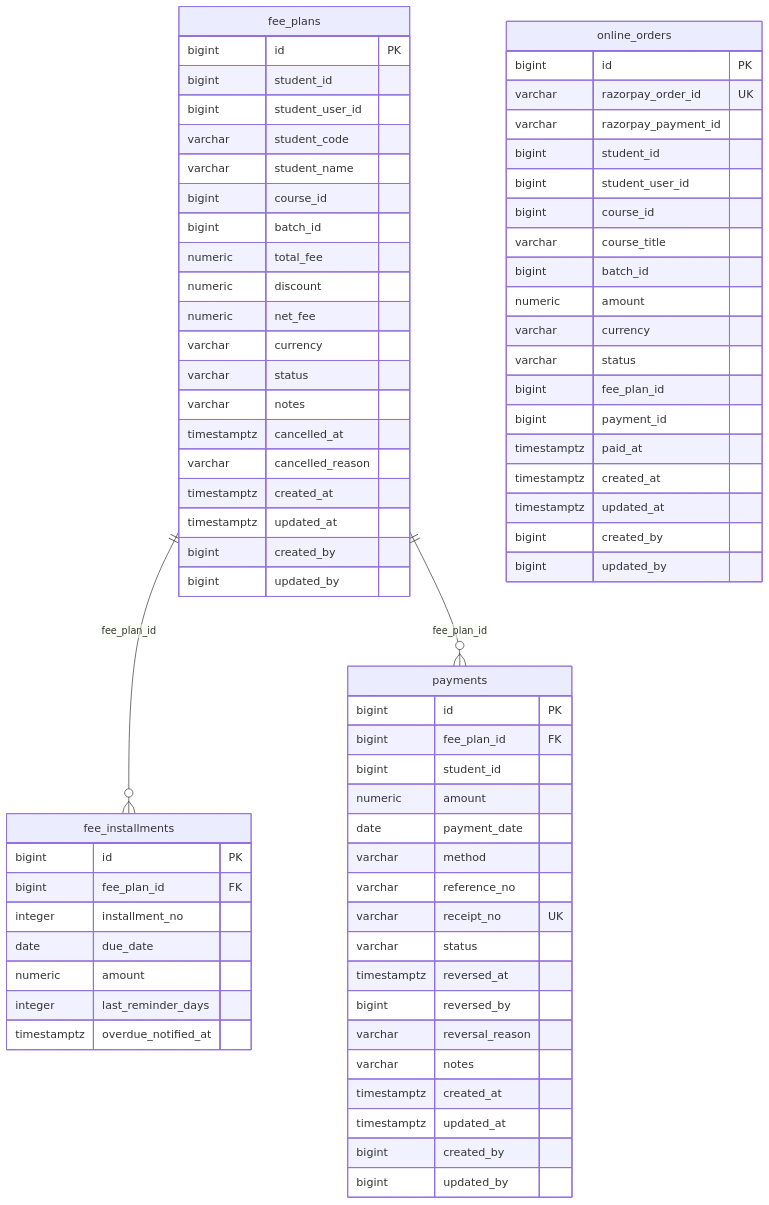
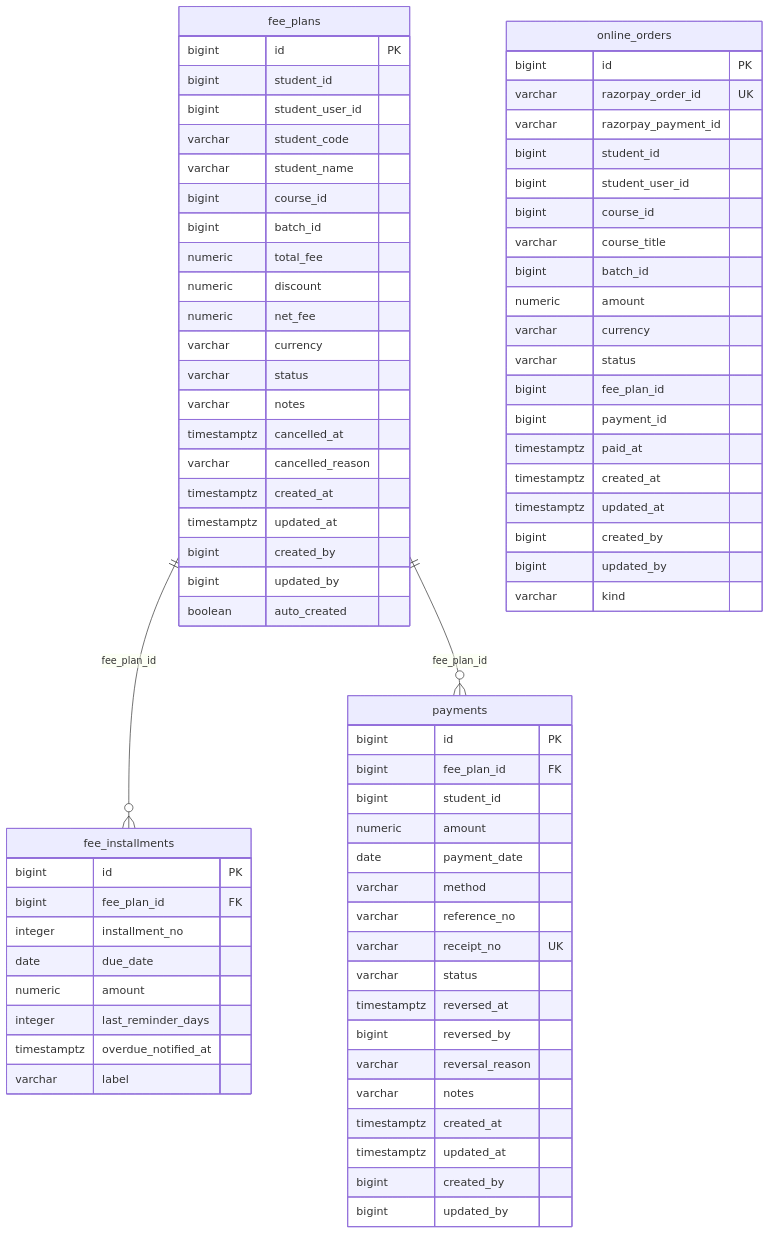
Before and after one commit to rohanrk2810/ITLMS: the diagram in docs/diagrams/db/finance.mmd, drawn with Mermaid. The commit also changed 28 other files, not shown here.

```diff
--- a/docs/diagrams/db/finance.mmd
+++ b/docs/diagrams/db/finance.mmd
@@ -1,72 +1,75 @@
 erDiagram
     fee_installments {
         bigint id PK
         bigint fee_plan_id FK
         integer installment_no
         date due_date
         numeric amount
         integer last_reminder_days
         timestamptz overdue_notified_at
+        varchar label
     }
     fee_plans {
         bigint id PK
         bigint student_id
         bigint student_user_id
         varchar student_code
         varchar student_name
         bigint course_id
         bigint batch_id
         numeric total_fee
         numeric discount
         numeric net_fee
         varchar currency
         varchar status
         varchar notes
         timestamptz cancelled_at
         varchar cancelled_reason
         timestamptz created_at
         timestamptz updated_at
         bigint created_by
         bigint updated_by
+        boolean auto_created
     }
     online_orders {
         bigint id PK
         varchar razorpay_order_id UK
         varchar razorpay_payment_id
         bigint student_id
         bigint student_user_id
         bigint course_id
         varchar course_title
         bigint batch_id
         numeric amount
         varchar currency
         varchar status
         bigint fee_plan_id
         bigint payment_id
         timestamptz paid_at
         timestamptz created_at
         timestamptz updated_at
         bigint created_by
         bigint updated_by
+        varchar kind
     }
     payments {
         bigint id PK
         bigint fee_plan_id FK
         bigint student_id
         numeric amount
         date payment_date
         varchar method
         varchar reference_no
         varchar receipt_no UK
         varchar status
         timestamptz reversed_at
         bigint reversed_by
         varchar reversal_reason
         varchar notes
         timestamptz created_at
         timestamptz updated_at
         bigint created_by
         bigint updated_by
     }
     fee_plans ||--o{ fee_installments : "fee_plan_id"
     fee_plans ||--o{ payments : "fee_plan_id"
```
